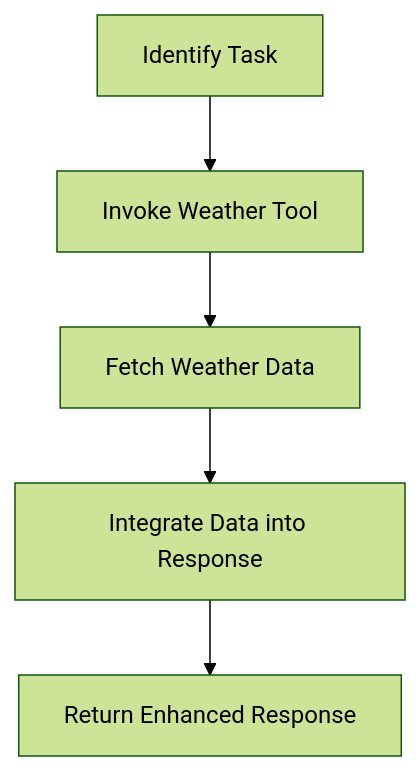
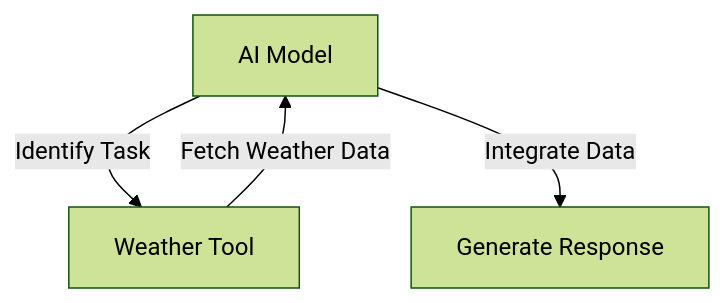
The second of 2 diagrams in apps/tool-calling/README.md (reeawnc/cloudflare), drawn with Mermaid (forest theme) before and after one commit. The commit also changed other lines of this file and 18 other files, not shown here.

````diff
--- a/apps/tool-calling/README.md
+++ b/apps/tool-calling/README.md
@@ -89,7 +92,6 @@
 ```mermaid
 graph TD;
-    A[Identify Task] --> B[Invoke Weather Tool];
-    B --> C[Fetch Weather Data];
-    C --> D[Integrate Data into Response];
-    D --> E[Return Enhanced Response];
+    A[AI Model] -->|Identify Task| B[Weather Tool]
+    B -->|Fetch Weather Data| A
+    A -->|Integrate Data| C[Generate Response]
 ```
````
